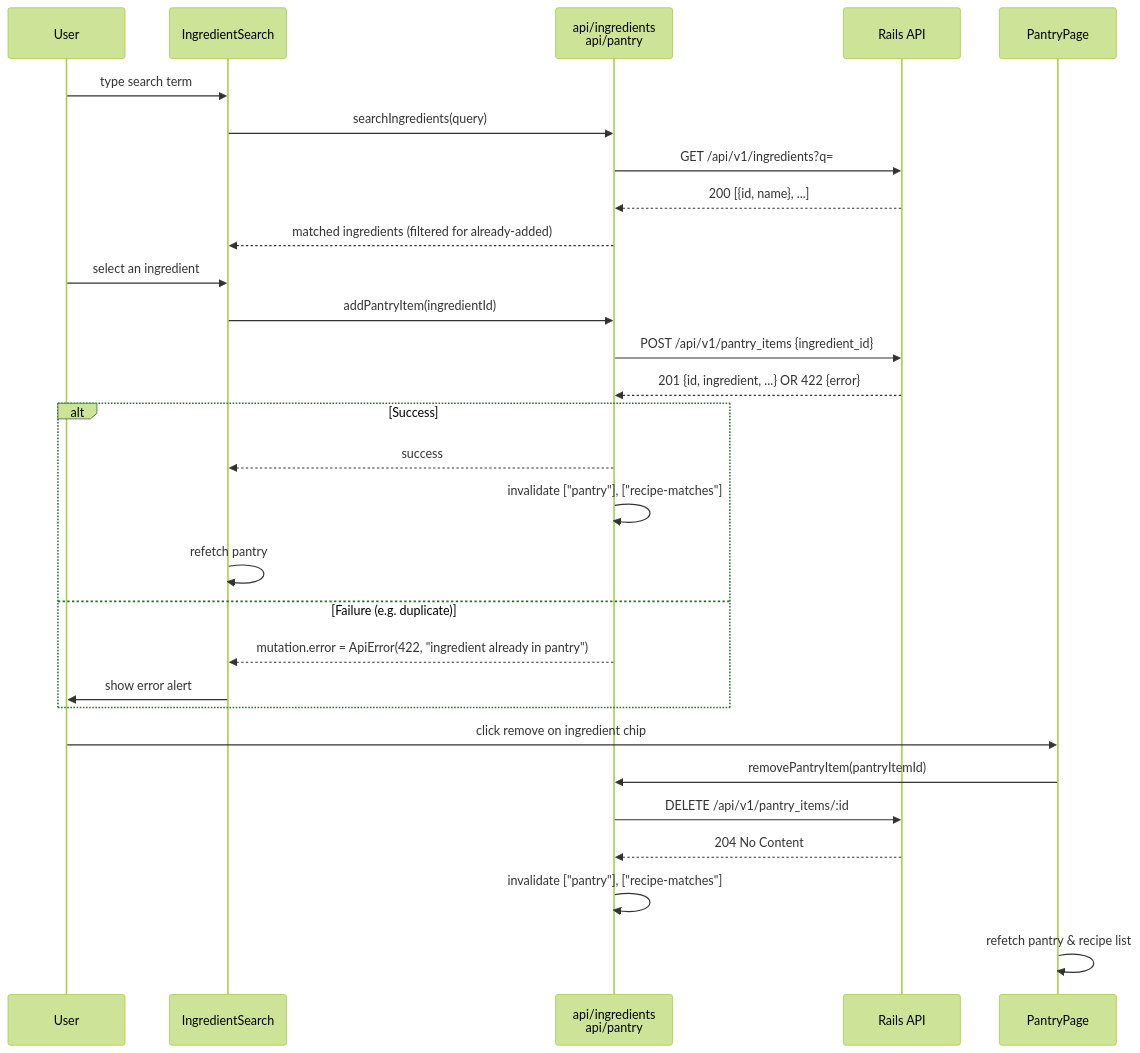
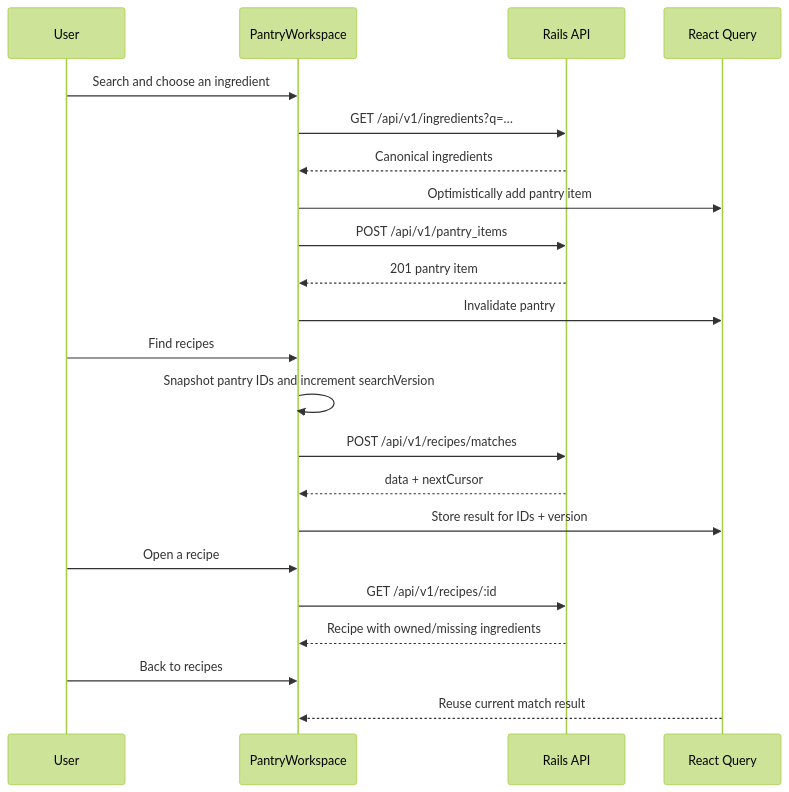
Before and after one commit to girls-incode/meal-planner: the second of 4 diagrams in frontend/README.md, drawn with Mermaid (forest theme). The commit also changed other lines of this file and 3 other files, not shown here.

````diff
--- a/frontend/README.md
+++ b/frontend/README.md
@@ -121,34 +99,27 @@
 ```mermaid
 sequenceDiagram
-    participant User
-    participant IngredientSearch
-    participant API as api/ingredients<br/>api/pantry
-    participant Backend as Rails API
+  participant User
+  participant UI as PantryWorkspace
+  participant API as Rails API
+  participant Cache as React Query
 
-    User->>IngredientSearch: type search term
-    IngredientSearch->>API: searchIngredients(query)
-    API->>Backend: GET /api/v1/ingredients?q=
-    Backend-->>API: 200 [{id, name}, ...]
-    API-->>IngredientSearch: matched ingredients (filtered for already-added)
+  User->>UI: Search and choose an ingredient
+  UI->>API: GET /api/v1/ingredients?q=…
+  API-->>UI: Canonical ingredients
+  UI->>Cache: Optimistically add pantry item
+  UI->>API: POST /api/v1/pantry_items
+  API-->>UI: 201 pantry item
+  UI->>Cache: Invalidate pantry
 
-    User->>IngredientSearch: select an ingredient
-    IngredientSearch->>API: addPantryItem(ingredientId)
-    API->>Backend: POST /api/v1/pantry_items {ingredient_id}
-    Backend-->>API: 201 {id, ingredient, ...} OR 422 {error}
-    
-    alt Success
-        API-->>IngredientSearch: success
-        API->>API: invalidate ["pantry"], ["recipe-matches"]
-        IngredientSearch->>IngredientSearch: refetch pantry
-    else Failure (e.g. duplicate)
-        API-->>IngredientSearch: mutation.error = ApiError(422, "ingredient already in pantry")
-        IngredientSearch->>User: show error alert
-    end
+  User->>UI: Find recipes
+  UI->>UI: Snapshot pantry IDs and increment searchVersion
+  UI->>API: POST /api/v1/recipes/matches
+  API-->>UI: data + nextCursor
+  UI->>Cache: Store result for IDs + version
 
-    User->>PantryPage: click remove on ingredient chip
-    PantryPage->>API: removePantryItem(pantryItemId)
-    API->>Backend: DELETE /api/v1/pantry_items/:id
-    Backend-->>API: 204 No Content
-    API->>API: invalidate ["pantry"], ["recipe-matches"]
-    PantryPage->>PantryPage: refetch pantry & recipe list
+  User->>UI: Open a recipe
+  UI->>API: GET /api/v1/recipes/:id
+  API-->>UI: Recipe with owned/missing ingredients
+  User->>UI: Back to recipes
+  Cache-->>UI: Reuse current match result
 ```
````
